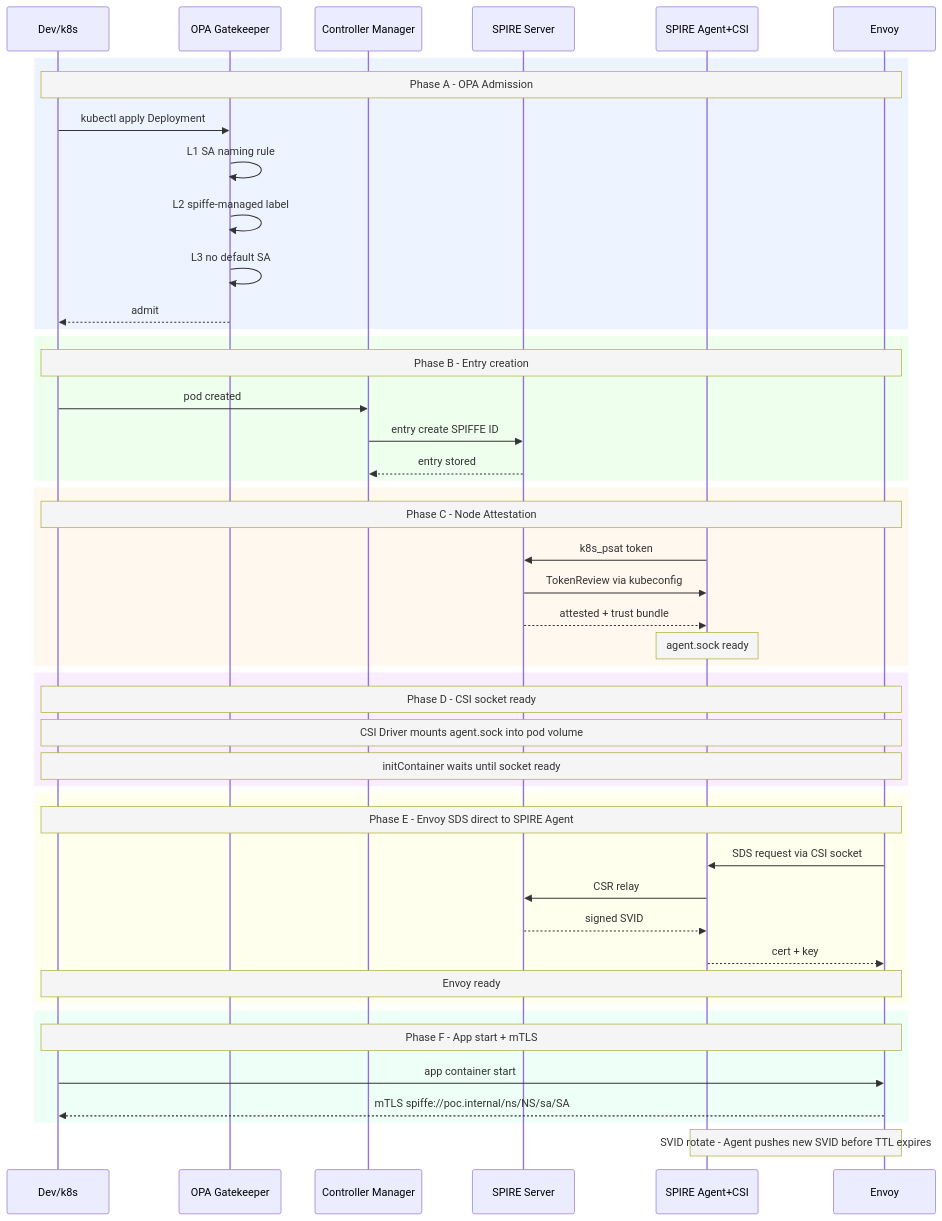
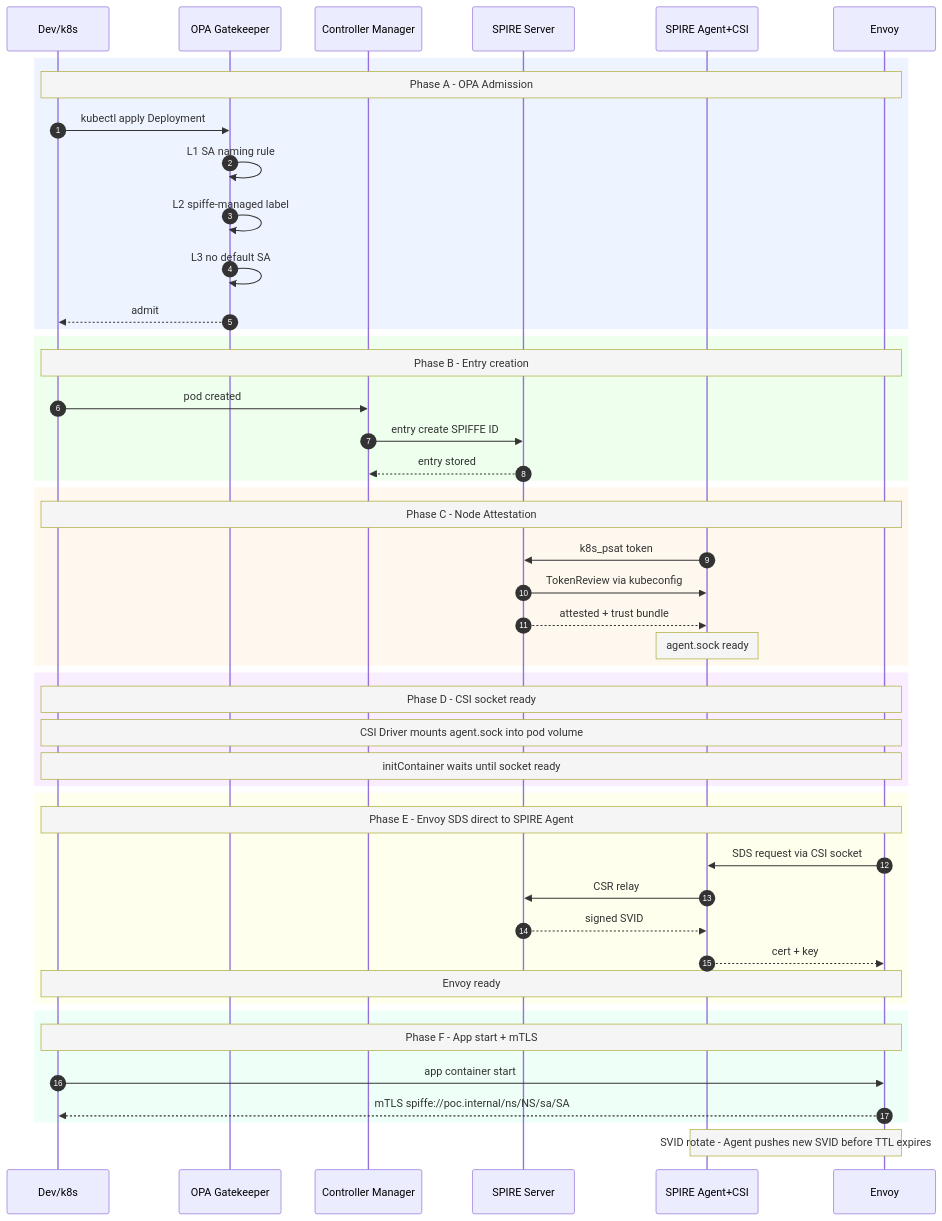
Before and after one commit to benchen149/kind-spire-istio-poc: the diagram in docs/spire-istio-poc-summary.md, drawn with Mermaid.

Commit message:
docs: add autonumber to Mermaid sequence diagram

````diff
--- a/docs/spire-istio-poc-summary.md
+++ b/docs/spire-istio-poc-summary.md
@@ -99,57 +99,58 @@
 ```mermaid
 %%{init: {'theme': 'default', 'themeVariables': {'noteBkgColor': '#f5f5f5', 'noteTextColor': '#333', 'activationBkgColor': '#e8e8e8'}}}%%
 sequenceDiagram
+    autonumber
     participant Dev as Dev/k8s
     participant OPA as OPA Gatekeeper
     participant CM  as Controller Manager
     participant SS  as SPIRE Server
     participant SA  as SPIRE Agent+CSI
     participant EN  as Envoy
 
     rect rgb(238, 244, 255)
         Note over Dev,EN: Phase A - OPA Admission
         Dev->>OPA: kubectl apply Deployment
         OPA->>OPA: L1 SA naming rule
         OPA->>OPA: L2 spiffe-managed label
         OPA->>OPA: L3 no default SA
         OPA-->>Dev: admit
     end
 
     rect rgb(238, 255, 238)
         Note over Dev,EN: Phase B - Entry creation
         Dev->>CM: pod created
         CM->>SS: entry create SPIFFE ID
         SS-->>CM: entry stored
     end
 
     rect rgb(255, 248, 238)
         Note over Dev,EN: Phase C - Node Attestation
         SA->>SS: k8s_psat token
         SS->>SA: TokenReview via kubeconfig
         SS-->>SA: attested + trust bundle
         Note over SA: agent.sock ready
     end
 
     rect rgb(248, 238, 255)
         Note over Dev,EN: Phase D - CSI socket ready
         Note over Dev,EN: CSI Driver mounts agent.sock into pod volume
         Note over Dev,EN: initContainer waits until socket ready
     end
 
     rect rgb(255, 255, 238)
         Note over Dev,EN: Phase E - Envoy SDS direct to SPIRE Agent
         EN->>SA: SDS request via CSI socket
         SA->>SS: CSR relay
         SS-->>SA: signed SVID
         SA-->>EN: cert + key
         Note over Dev,EN: Envoy ready
     end
 
     rect rgb(238, 255, 248)
         Note over Dev,EN: Phase F - App start + mTLS
         Dev->>EN: app container start
         EN-->>Dev: mTLS spiffe://poc.internal/ns/NS/sa/SA
     end
 
     Note over SA,EN: SVID rotate - Agent pushes new SVID before TTL expires
 ```
````
